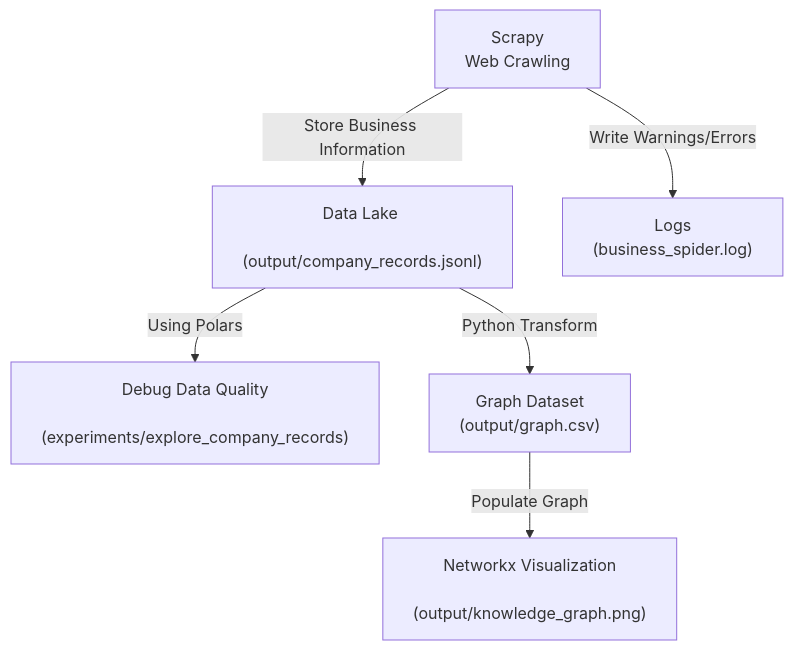
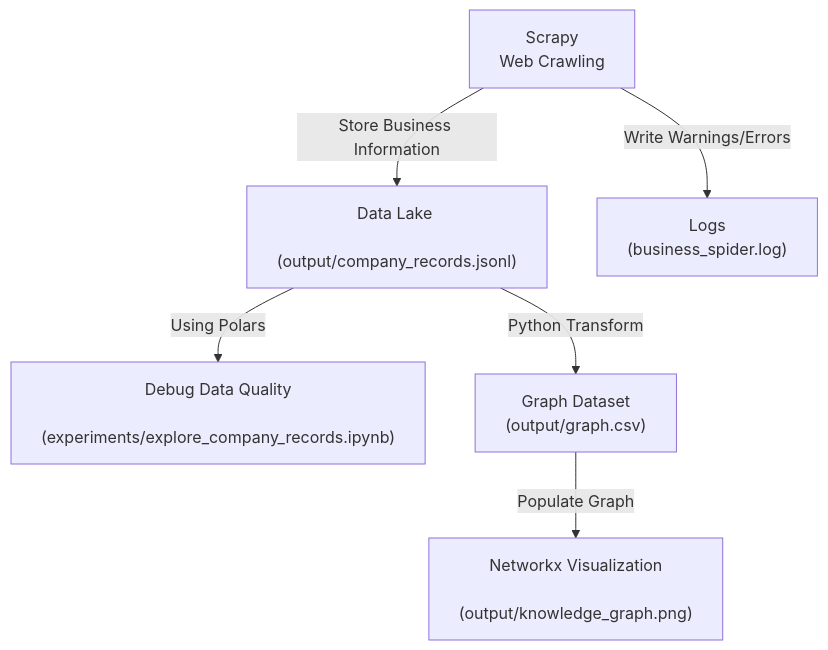
Before and after one commit to hamsburger/Sayari_Data_Task: the diagram in README.md, drawn with Mermaid. The commit also changed other lines of this file and 5 other files, not shown here.

````diff
--- a/README.md
+++ b/README.md
@@ -43,21 +44,21 @@
 ```mermaid
     graph TD
         A --Store Business Information--> B
         A --Write Warnings/Errors--> F
         B --Using Polars--> E
         B --Python Transform--> C
         C --Populate Graph--> D
         
         A["""Scrapy
         Web Crawling"""]
         B["""Data Lake 
         (output/company_records.jsonl)"""]
         C["""Graph Dataset 
         (output/graph.csv)"""]
         D["""Networkx Visualization
         (output/knowledge_graph.png)"""]
         E["""Debug Data Quality
-        (experiments/explore_company_records)"""]
+        (experiments/explore_company_records.ipynb)"""]
         F["""Logs
         (business_spider.log)"""]
 ```
````
